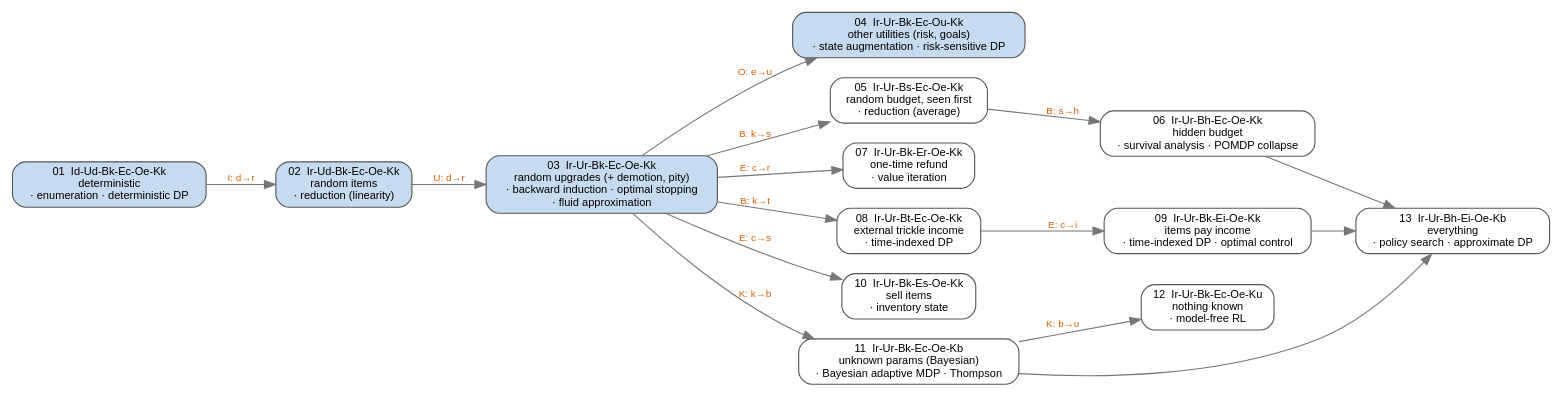
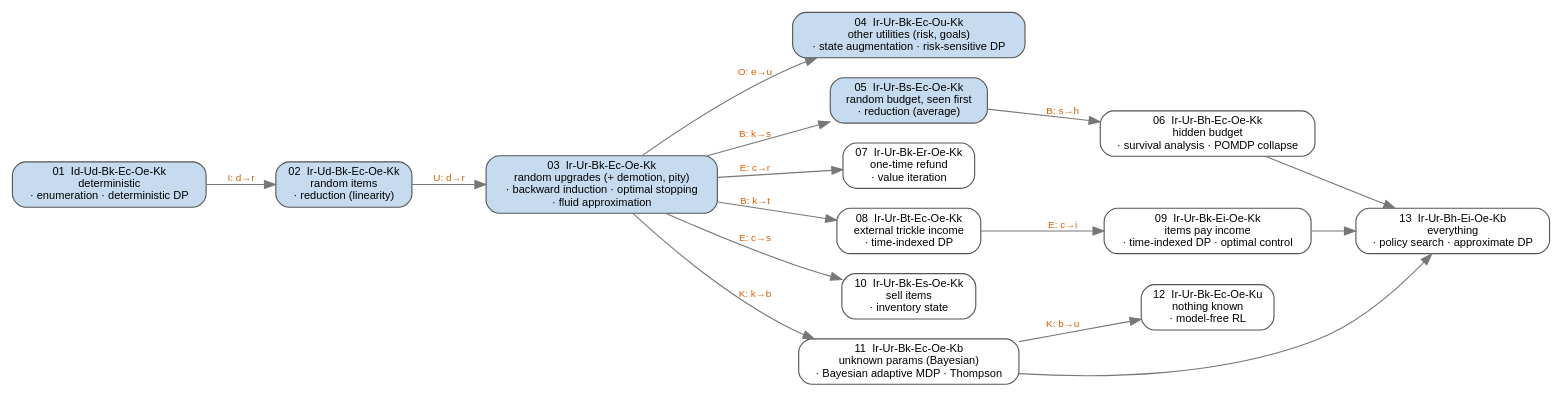
Before and after one commit to ssarkar2/notes: the diagram in probability/sequential_decision_making_under_uncertainty/figures/ladder_map.dot, drawn with Graphviz. The commit also changed 10 other files, not shown here.

First line of the commit message:
Rename 03's CE approximation to mean-value (MV); add problem 05 (random budget, seen first)

```diff
--- a/probability/sequential_decision_making_under_uncertainty/figures/ladder_map.dot
+++ b/probability/sequential_decision_making_under_uncertainty/figures/ladder_map.dot
@@ -1,36 +1,36 @@
 // Ladder of problems: each edge = one axis loosened. Filled = built, white = planned.
 // Build: ./build.sh
 digraph ladder {
   rankdir=LR;
   graph [fontname="Helvetica", fontsize=11, nodesep=0.25, ranksep=0.5, bgcolor="white"];
   node  [shape=box, style="rounded,filled", fontname="Helvetica", fontsize=10, fillcolor="white", color="#555555"];
   edge  [fontname="Helvetica", fontsize=9, color="#777777", fontcolor="#d95f02"];
 
   // fillcolor "#c6dbef" = built
   p01 [label="01  Id-Ud-Bk-Ec-Oe-Kk\ndeterministic\n· enumeration · deterministic DP", fillcolor="#c6dbef"];
   p02 [label="02  Ir-Ud-Bk-Ec-Oe-Kk\nrandom items\n· reduction (linearity)", fillcolor="#c6dbef"];
   p03 [label="03  Ir-Ur-Bk-Ec-Oe-Kk\nrandom upgrades (+ demotion, pity)\n· backward induction · optimal stopping\n· fluid approximation", fillcolor="#c6dbef"];
   p04 [label="04  Ir-Ur-Bk-Ec-Ou-Kk\nother utilities (risk, goals)\n· state augmentation · risk-sensitive DP", fillcolor="#c6dbef"];
-  p05 [label="05  Ir-Ur-Bs-Ec-Oe-Kk\nrandom budget, seen first\n· reduction (average)"];
+  p05 [label="05  Ir-Ur-Bs-Ec-Oe-Kk\nrandom budget, seen first\n· reduction (average)", fillcolor="#c6dbef"];
   p06 [label="06  Ir-Ur-Bh-Ec-Oe-Kk\nhidden budget\n· survival analysis · POMDP collapse"];
   p07 [label="07  Ir-Ur-Bk-Er-Oe-Kk\none-time refund\n· value iteration"];
   p08 [label="08  Ir-Ur-Bt-Ec-Oe-Kk\nexternal trickle income\n· time-indexed DP"];
   p09 [label="09  Ir-Ur-Bk-Ei-Oe-Kk\nitems pay income\n· time-indexed DP · optimal control"];
   p10 [label="10  Ir-Ur-Bk-Es-Oe-Kk\nsell items\n· inventory state"];
   p11 [label="11  Ir-Ur-Bk-Ec-Oe-Kb\nunknown params (Bayesian)\n· Bayesian adaptive MDP · Thompson"];
   p12 [label="12  Ir-Ur-Bk-Ec-Oe-Ku\nnothing known\n· model-free RL"];
   p13 [label="13  Ir-Ur-Bh-Ei-Oe-Kb\neverything\n· policy search · approximate DP"];
 
   p01 -> p02 [label="I: d→r"];
   p02 -> p03 [label="U: d→r"];
   p03 -> p04 [label="O: e→u"];
   p03 -> p05 [label="B: k→s"];
   p05 -> p06 [label="B: s→h"];
   p03 -> p07 [label="E: c→r"];
   p03 -> p08 [label="B: k→t"];
   p08 -> p09 [label="E: c→i"];
   p03 -> p10 [label="E: c→s"];
   p03 -> p11 [label="K: k→b"];
   p11 -> p12 [label="K: b→u"];
   p06 -> p13; p09 -> p13; p11 -> p13;
 }
```
